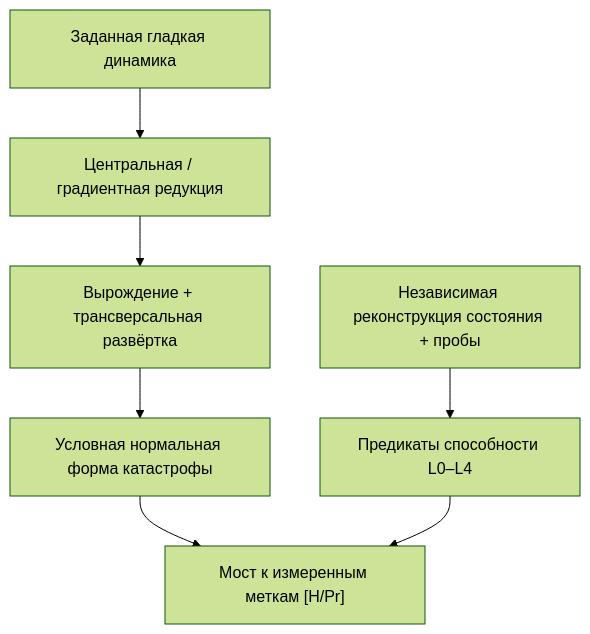
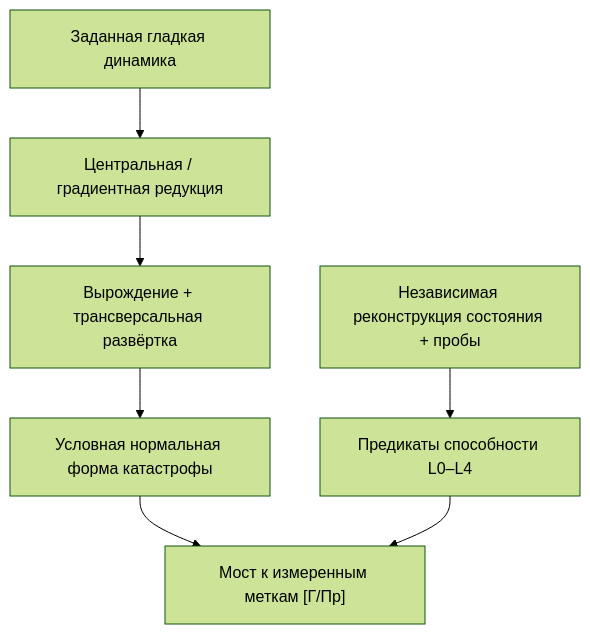
Before and after one commit to gst-st/uhm: the diagram in website/i18n/ru/docusaurus-plugin-content-docs/current/consciousness/hierarchy/swallowtail-transitions.md, drawn with Mermaid (forest theme). The commit also changed other lines of this file and 376 other files, not shown here.

First line of the commit message:
Refactor UHM canon, decontaminate architecture, and verify EN/RU parity

````diff
--- a/website/i18n/ru/docusaurus-plugin-content-docs/current/consciousness/hierarchy/swallowtail-transitions.md
+++ b/website/i18n/ru/docusaurus-plugin-content-docs/current/consciousness/hierarchy/swallowtail-transitions.md
@@ -101,9 +101,9 @@
 ```mermaid
 graph TD
     D["Заданная гладкая динамика"] --> C["Центральная / градиентная редукция"]
     C --> N["Вырождение + трансверсальная развёртка"]
     N --> A["Условная нормальная форма катастрофы"]
     M["Независимая реконструкция состояния + пробы"] --> L["Предикаты способности L0–L4"]
-    A --> B["Мост к измеренным меткам [H/Pr]"]
+    A --> B["Мост к измеренным меткам [Г/Пр]"]
     L --> B
 ```
````
